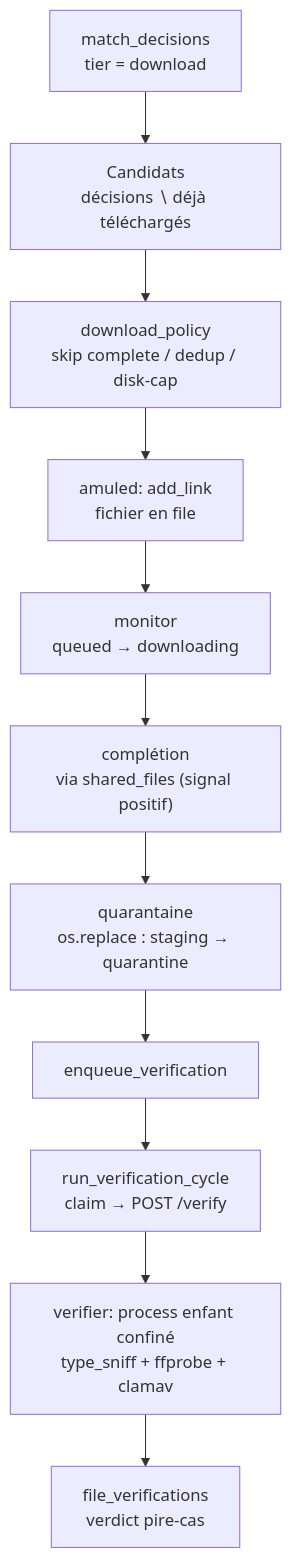
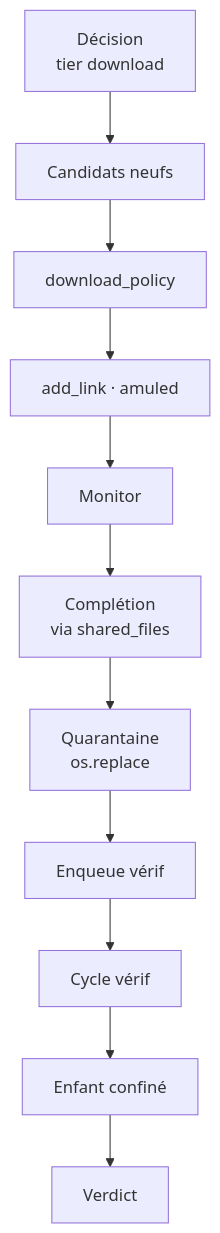
One commit to GeoffreyCoulaud/mulewatch changed the eighth of 10 diagrams in docs/architecture.md. Above: the diagram before and after it, drawn with Mermaid. The commit also changed other lines of this file, not shown here.

First line of the commit message:
docs(architecture): diagrammes — trafic via gluetun, notifs via URL apprise, labels courts

````diff
--- a/docs/architecture.md
+++ b/docs/architecture.md
@@ -231,17 +240,17 @@
 ```mermaid
 flowchart TD
-  dec["match_decisions<br/>tier = download"]
-  cand["Candidats<br/>décisions ∖ déjà téléchargés"]
-  pol["download_policy<br/>skip complete / dedup / disk-cap"]
-  add["amuled: add_link<br/>fichier en file"]
-  mon["monitor<br/>queued → downloading"]
-  comp["complétion<br/>via shared_files (signal positif)"]
-  quar["quarantaine<br/>os.replace : staging → quarantine"]
-  enq["enqueue_verification"]
-  ver["run_verification_cycle<br/>claim → POST /verify"]
-  child["verifier: process enfant confiné<br/>type_sniff + ffprobe + clamav"]
-  verd["file_verifications<br/>verdict pire-cas"]
+  dec["Décision<br/>tier download"]
+  cand["Candidats neufs"]
+  pol["download_policy"]
+  add["add_link · amuled"]
+  mon["Monitor"]
+  comp["Complétion<br/>via shared_files"]
+  quar["Quarantaine<br/>os.replace"]
+  enq["Enqueue vérif"]
+  ver["Cycle vérif"]
+  child["Enfant confiné"]
+  verd["Verdict"]
 
   dec --> cand --> pol --> add
   add --> mon --> comp --> quar --> enq --> ver --> child --> verd
 ```
````
